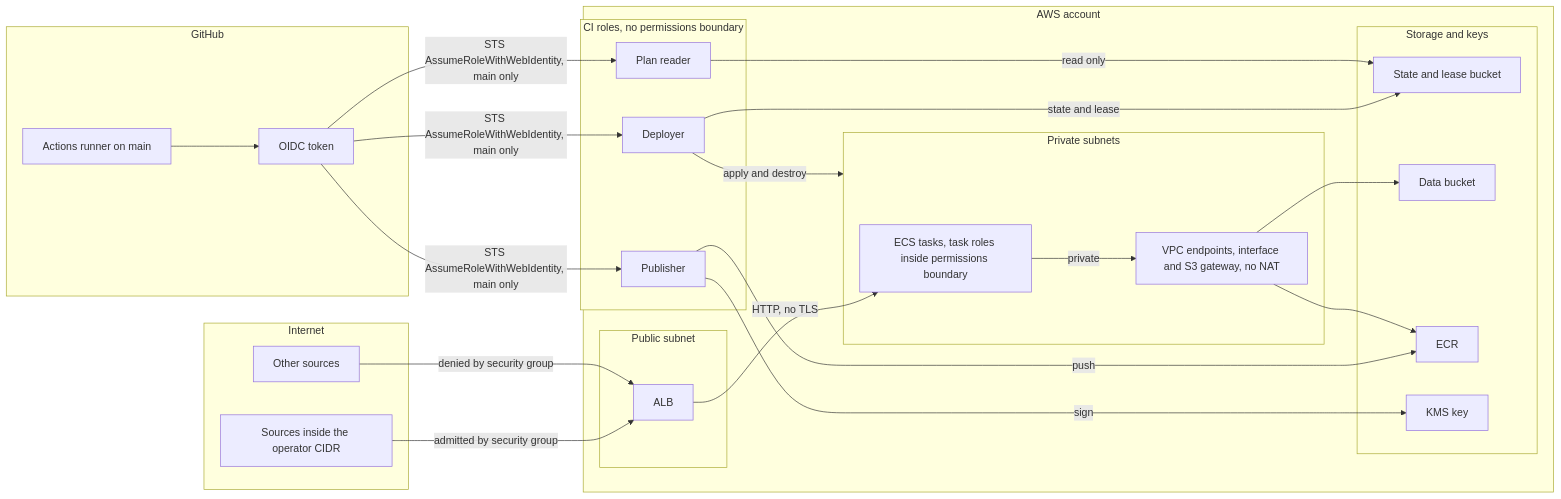
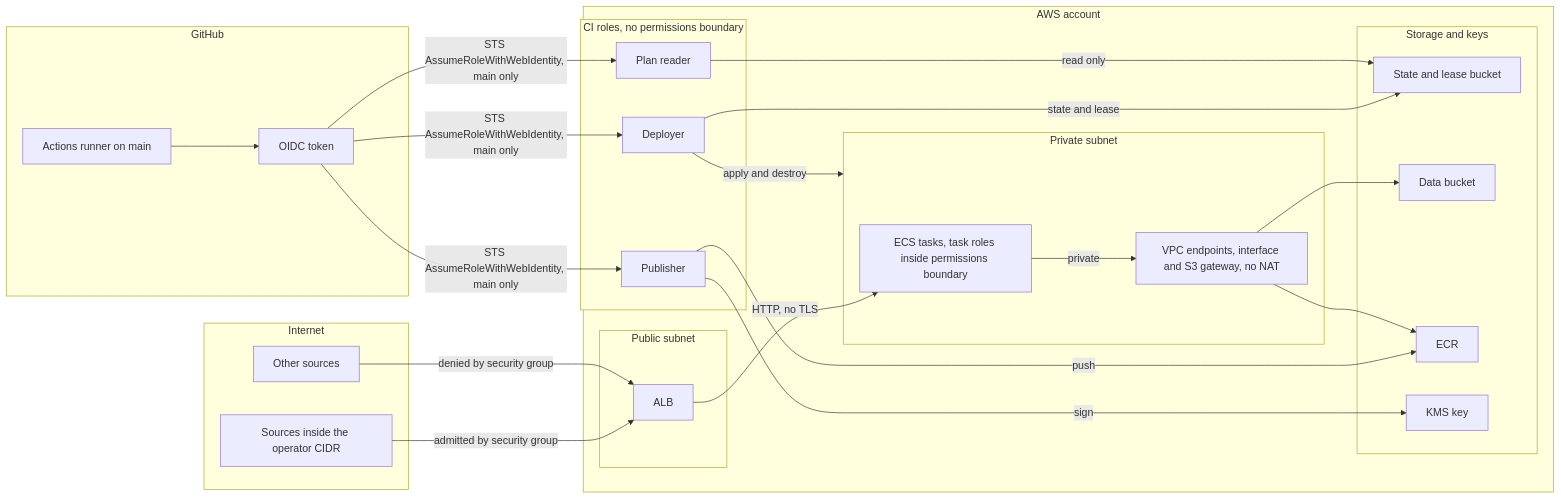
The diagram in docs/THREAT_MODEL.md (FunnyValentine69/orbit-infra), drawn with Mermaid before and after one commit. The commit also changed other lines of this file, not shown here.

Commit message:
docs: Tier 2 P2 fixes — row 9 threat describes tag repointing before digest capture (apply is digest-pinned); the network module's single private subnet is named in the singular

````diff
--- a/docs/THREAT_MODEL.md
+++ b/docs/THREAT_MODEL.md
@@ -17,46 +17,46 @@
 ```mermaid
 flowchart LR
   subgraph internet["Internet"]
     inside["Sources inside the operator CIDR"]
     outside["Other sources"]
   end
   subgraph github["GitHub"]
     runner["Actions runner on main"]
     token["OIDC token"]
   end
   subgraph aws["AWS account"]
     subgraph roles["CI roles, no permissions boundary"]
       plan["Plan reader"]
       deployer["Deployer"]
       publisher["Publisher"]
     end
     subgraph public["Public subnet"]
       alb["ALB"]
     end
-    subgraph private["Private subnets"]
+    subgraph private["Private subnet"]
       ecs["ECS tasks, task roles inside permissions boundary"]
       endpoints["VPC endpoints, interface and S3 gateway, no NAT"]
     end
     subgraph storage["Storage and keys"]
       state["State and lease bucket"]
       data["Data bucket"]
       ecr["ECR"]
       kms["KMS key"]
     end
   end
   inside -->|"admitted by security group"| alb
   outside -->|"denied by security group"| alb
   runner --> token
   token -->|"STS AssumeRoleWithWebIdentity, main only"| plan
   token -->|"STS AssumeRoleWithWebIdentity, main only"| deployer
   token -->|"STS AssumeRoleWithWebIdentity, main only"| publisher
   deployer -->|"apply and destroy"| private
   deployer -->|"state and lease"| state
   publisher -->|"push"| ecr
   publisher -->|"sign"| kms
   plan -->|"read only"| state
   alb -->|"HTTP, no TLS"| ecs
   ecs -->|"private"| endpoints
   endpoints --> data
   endpoints --> ecr
 ```
````
